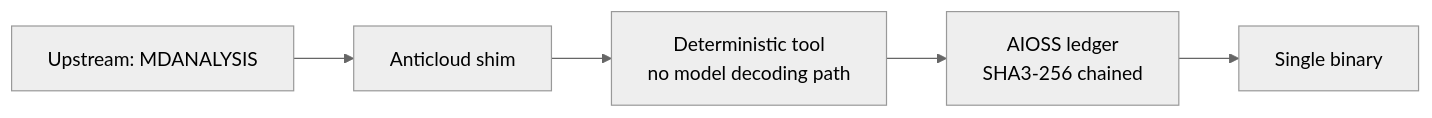
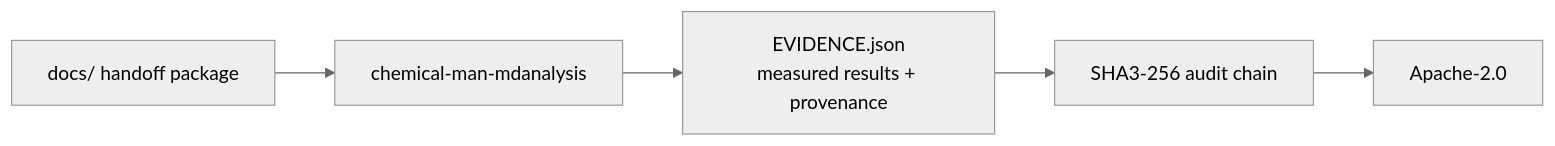
One commit to the-anticloud/chemical-man-mdanalysis changed the diagram in README.md. Above: the diagram before and after it, drawn with Mermaid (neutral theme). The commit also changed other lines of this file and 8 other files, not shown here.

````diff
--- a/README.md
+++ b/README.md
@@ -11,7 +22,7 @@
 ```mermaid
 graph LR
-    U[Upstream: MDANALYSIS] --> S[Anticloud shim]
-    S --> T[Deterministic tool<br/>no model decoding path]
-    T --> A[AIOSS ledger<br/>SHA3-256 chained]
-    A --> B[Single binary]
+    D[docs/ handoff package] --> R[chemical-man-mdanalysis]
+    R --> E[EVIDENCE.json\nmeasured results + provenance]
+    E --> A[SHA3-256 audit chain]
+    A --> L[Apache-2.0]
 ```
````
